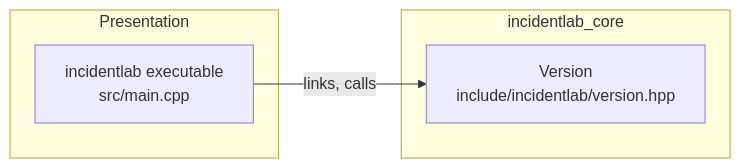
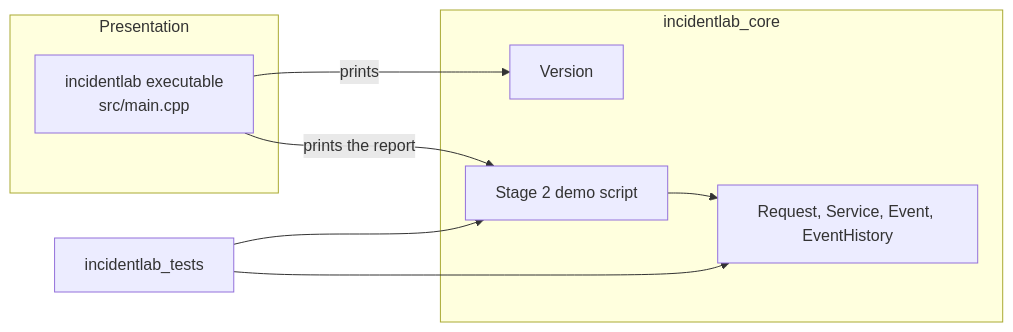
One commit to IG1234567/incidentLab changed the first of 3 diagrams in docs/architecture.md. Above: the diagram before and after it, drawn with Mermaid. The commit also changed other lines of this file and 21 other files, not shown here.

First line of the commit message:
Add the Stage 2 service and event model.

````diff
--- a/docs/architecture.md
+++ b/docs/architecture.md
@@ -9,12 +9,20 @@
 ```mermaid
 flowchart LR
     subgraph presentation [Presentation]
         App["incidentlab executable<br/>src/main.cpp"]
     end
 
     subgraph core [incidentlab_core]
-        Version["Version<br/>include/incidentlab/version.hpp"]
+        Version["Version"]
+        Demo["Stage 2 demo script"]
+        Domain["Request, Service, Event, EventHistory"]
     end
 
-    App -->|"links, calls"| Version
+    Tests["incidentlab_tests"]
+
+    App -->|"prints"| Version
+    App -->|"prints the report"| Demo
+    Demo --> Domain
+    Tests --> Domain
+    Tests --> Demo
 ```
````
